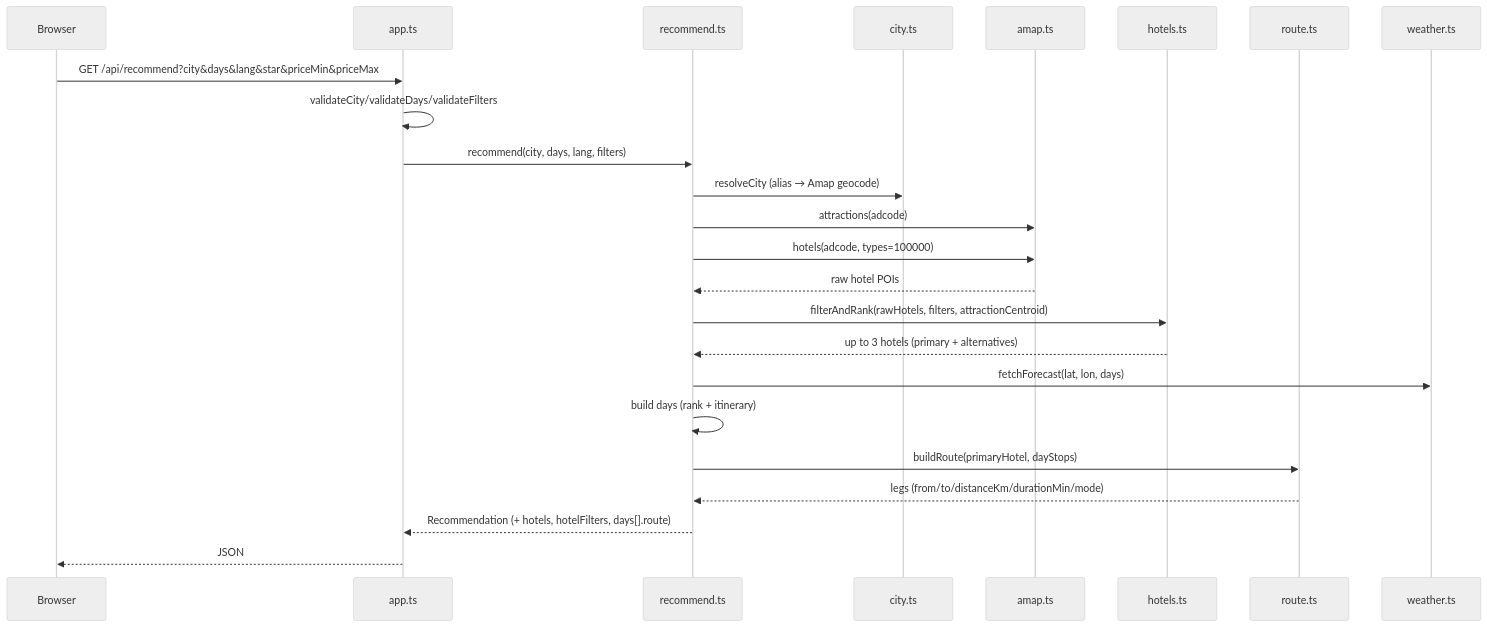
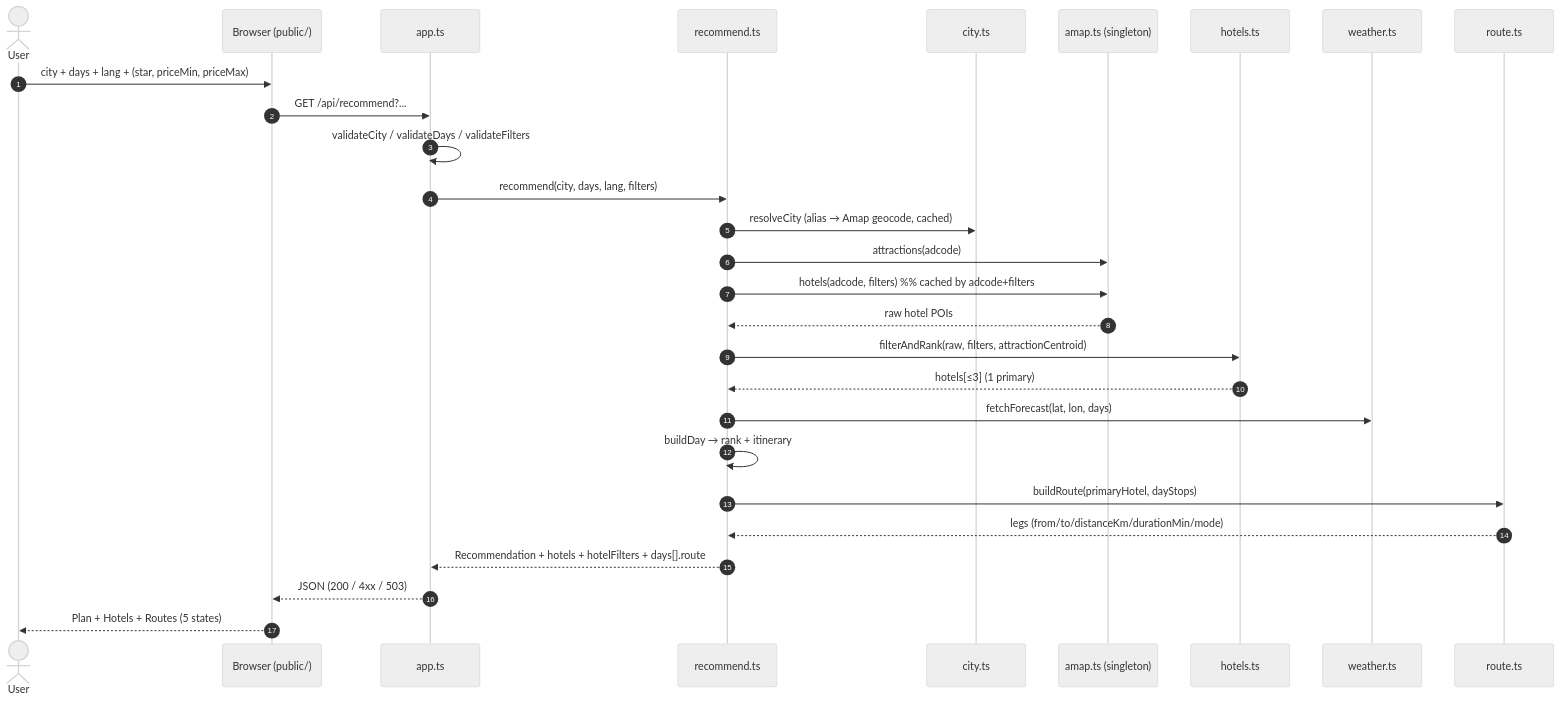
Before and after one commit to akjamie/wayfare-trip: the diagram in openspec/changes/hotel-route-search-redesign/design.md, drawn with Mermaid (neutral theme). The commit also changed other lines of this file, not shown here.

Commit message:
spec(hotel-route-search-redesign): align design.md with latest asdlc template (api-design + frontend-design skills)

````diff
--- a/openspec/changes/hotel-route-search-redesign/design.md
+++ b/openspec/changes/hotel-route-search-redesign/design.md
@@ -12,27 +17,31 @@
 ```mermaid
 sequenceDiagram
-  participant UI as Browser
+  autonumber
+  actor U as User
+  participant UI as Browser (public/)
   participant API as app.ts
   participant R as recommend.ts
   participant C as city.ts
-  participant A as amap.ts
+  participant A as amap.ts (singleton)
   participant H as hotels.ts
+  participant W as weather.ts
   participant T as route.ts
-  participant W as weather.ts
 
-  UI->>API: GET /api/recommend?city&days&lang&star&priceMin&priceMax
-  API->>API: validateCity/validateDays/validateFilters
+  U->>UI: city + days + lang + (star, priceMin, priceMax)
+  UI->>API: GET /api/recommend?...
+  API->>API: validateCity / validateDays / validateFilters
   API->>R: recommend(city, days, lang, filters)
-  R->>C: resolveCity (alias → Amap geocode)
+  R->>C: resolveCity (alias → Amap geocode, cached)
   R->>A: attractions(adcode)
-  R->>A: hotels(adcode, types=100000)
+  R->>A: hotels(adcode, filters)  %% cached by adcode+filters
   A-->>R: raw hotel POIs
-  R->>H: filterAndRank(rawHotels, filters, attractionCentroid)
-  H-->>R: up to 3 hotels (primary + alternatives)
+  R->>H: filterAndRank(raw, filters, attractionCentroid)
+  H-->>R: hotels[≤3] (1 primary)
   R->>W: fetchForecast(lat, lon, days)
-  R->>R: build days (rank + itinerary)
+  R->>R: buildDay → rank + itinerary
   R->>T: buildRoute(primaryHotel, dayStops)
   T-->>R: legs (from/to/distanceKm/durationMin/mode)
-  R-->>API: Recommendation (+ hotels, hotelFilters, days[].route)
-  API-->>UI: JSON
+  R-->>API: Recommendation + hotels + hotelFilters + days[].route
+  API-->>UI: JSON (200 / 4xx / 503)
+  UI-->>U: Plan + Hotels + Routes (5 states)
 ```
````
